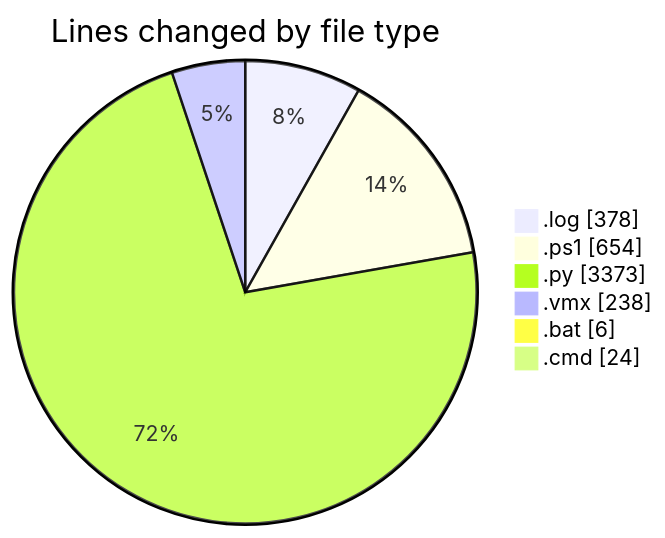
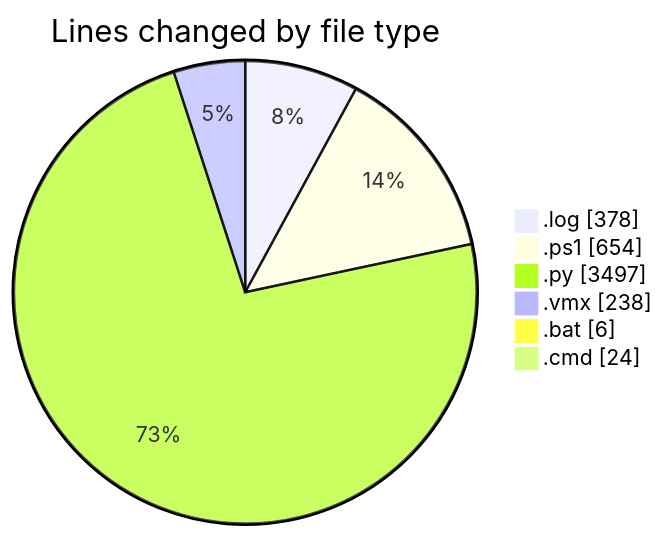
Before and after one commit to shibass792/code-tracking: the first of 2 diagrams in 2026-07-08/twenty_versions_aminor/README.md, drawn with Mermaid. The commit also changed other lines of this file and 1 other file, not shown here.

````diff
--- a/2026-07-08/twenty_versions_aminor/README.md
+++ b/2026-07-08/twenty_versions_aminor/README.md
@@ -36,10 +37,10 @@
 ```mermaid
 pie showData
 title Lines changed by file type
 ".log" : 378
 ".ps1" : 654
-".py" : 3373
+".py" : 3497
 ".vmx" : 238
 ".bat" : 6
 ".cmd" : 24
 ```
````
